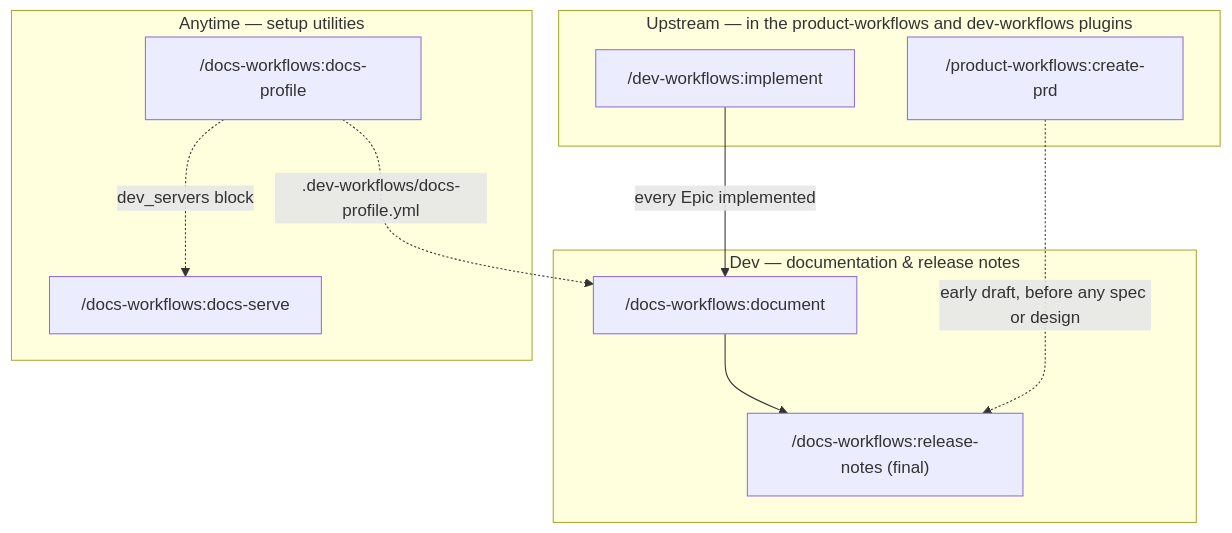
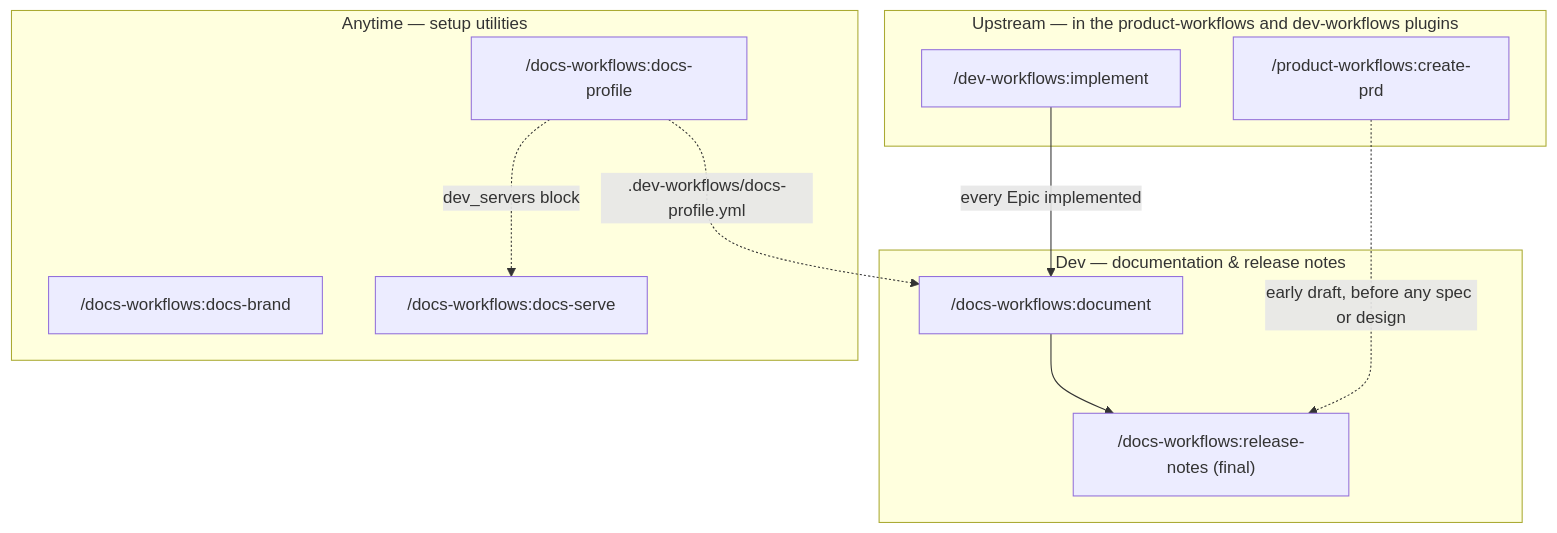
One commit to ihudak/ihudak-claude-plugins changed the diagram in plugins/docs-workflows/docs/workflow.md. Above: the diagram before and after it, drawn with Mermaid. The commit also changed other lines of this file and 7 other files, not shown here.

First line of the commit message:
feat(docs-workflows): /docs-brand — logo and colours, with a contrast finding

````diff
--- a/plugins/docs-workflows/docs/workflow.md
+++ b/plugins/docs-workflows/docs/workflow.md
@@ -5,21 +5,22 @@
 ```mermaid
 flowchart TD
     subgraph UP["Upstream — in the product-workflows and dev-workflows plugins"]
         implement["/dev-workflows:implement"]
         createprd["/product-workflows:create-prd"]
     end
     subgraph DOCS["Dev — documentation & release notes"]
         document["/docs-workflows:document"]
         rndev["/docs-workflows:release-notes (final)"]
         document --> rndev
     end
     subgraph SETUP["Anytime — setup utilities"]
         profile["/docs-workflows:docs-profile"]
+        brand["/docs-workflows:docs-brand"]
         docsserve["/docs-workflows:docs-serve"]
     end
 
     implement -->|every Epic implemented| document
     createprd -.->|early draft, before any spec or design| rndev
     profile -.->|.dev-workflows/docs-profile.yml| document
     profile -.->|dev_servers block| docsserve
 ```
````
